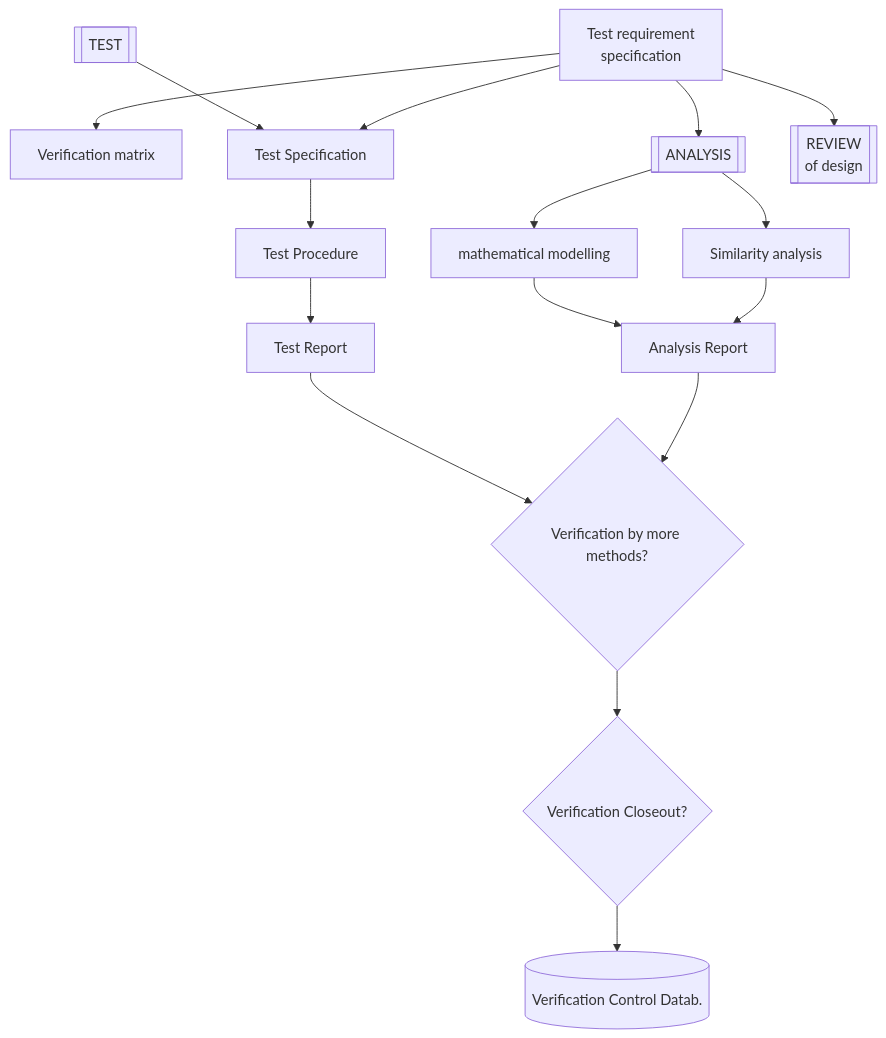
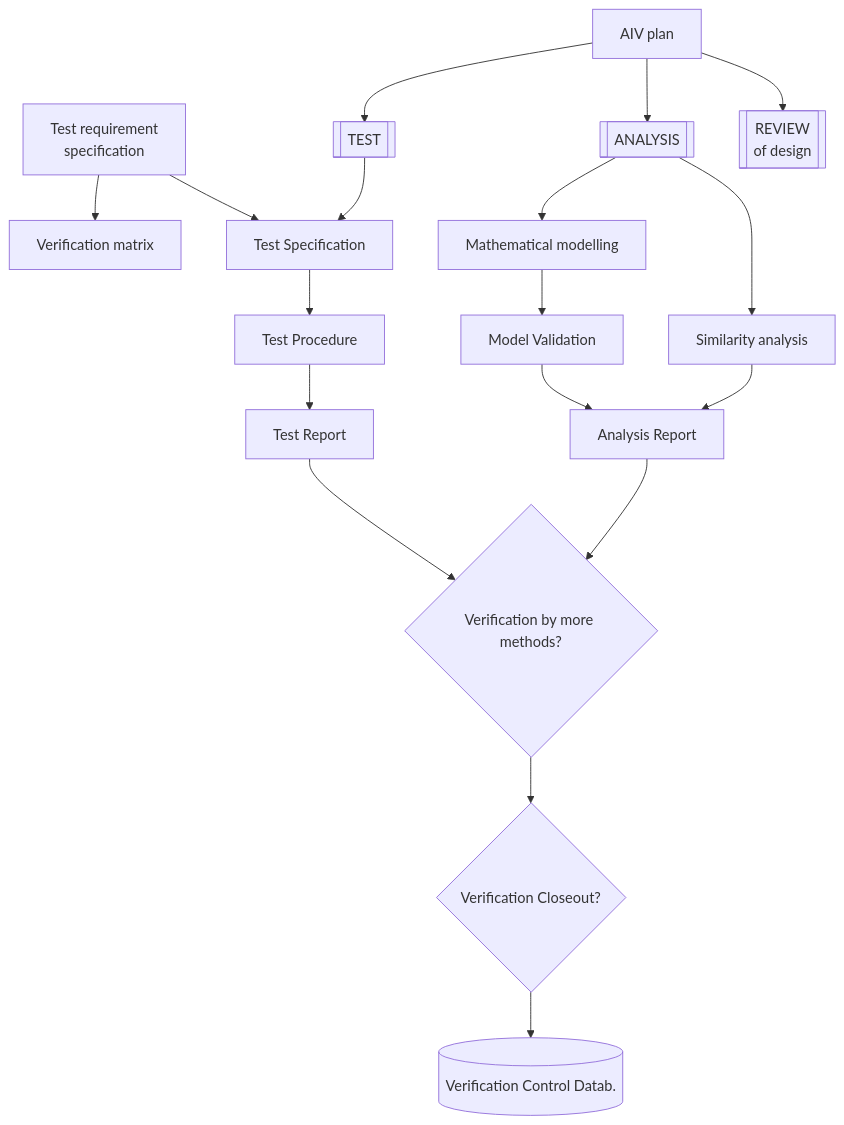
Before and after one commit to limu007/quvik: the diagram in calib/Validation.md, drawn with Mermaid.

````diff
--- a/calib/Validation.md
+++ b/calib/Validation.md
@@ -3,34 +3,37 @@
 ```mermaid
 flowchart TB
   TRS["`Test requirement
   specification`"]
   VM["Verification matrix"]
   VCD[(Verification Control Datab.)]
 
+  AIV["AIV plan"]
   TEST[["TEST"]]
   TS["Test Specification"]
   TP["Test Procedure"]
   TR["Test Report"]
 
   ANAL[["ANALYSIS"]]
-  MM["mathematical modelling"]
+  MM["Mathematical modelling"]
+  MV["Model Validation"]
   SM["Similarity analysis"]
   AR["Analysis Report"]
 
   ROD[["`REVIEW
   of design`"]]
 
   meth{"Verification by more methods?"}
   close{"Verification Closeout?"}
   
   TEST --> TS --> TP --> TR --> meth
   TRS --> VM
   TRS --> TS
-  TRS --> ANAL
-  ANAL --> MM --> AR
+  AIV --> TEST
+  AIV --> ANAL
+  ANAL --> MM --> MV --> AR
   ANAL --> SM --> AR
   AR --> meth
-  TRS --> ROD
+  AIV --> ROD
   meth --> close --> VCD
 
 ```
````
